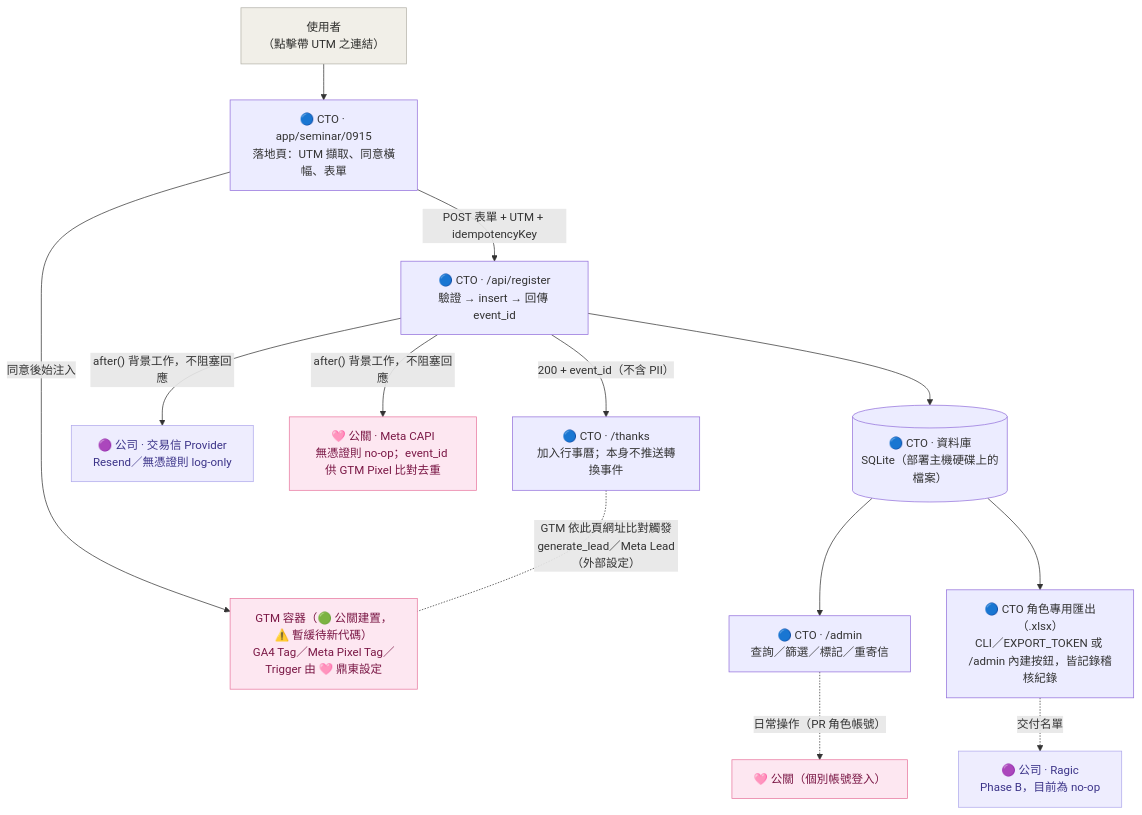
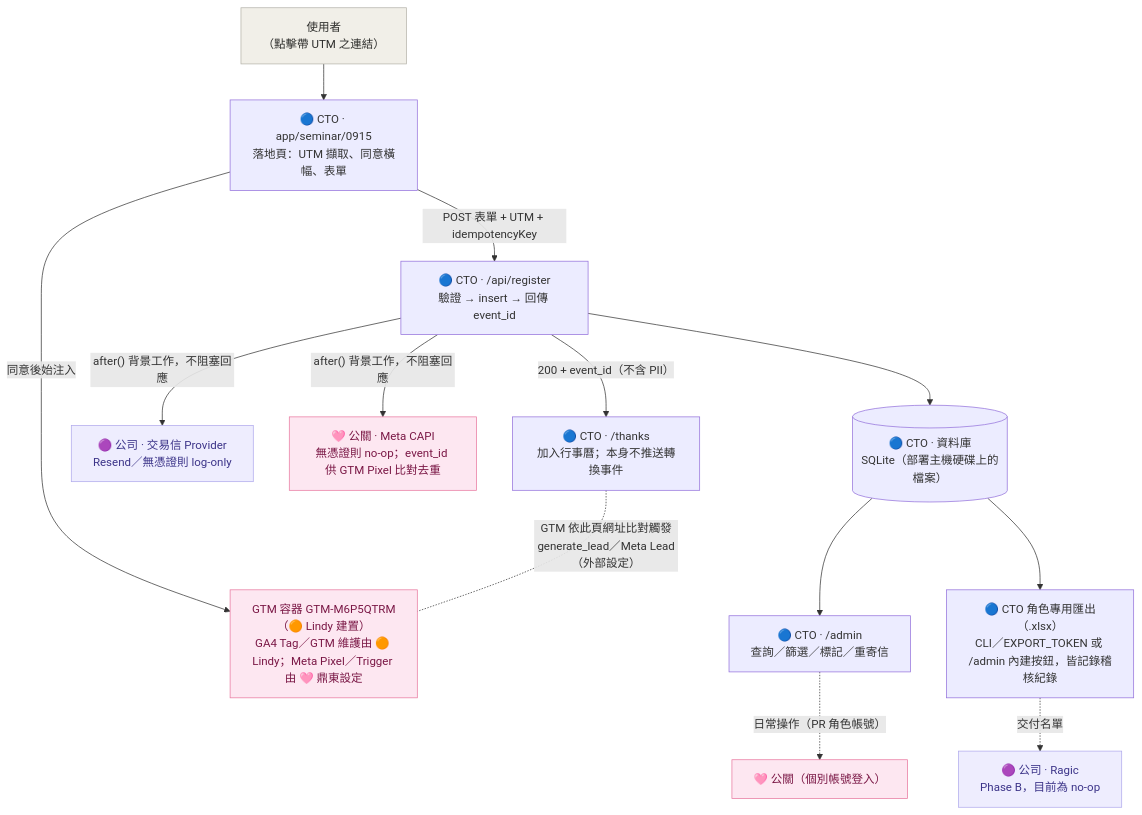
The diagram in README.md (cawu-ii/agatha-seminar-0915), drawn with Mermaid before and after one commit. The commit also changed other lines of this file and 3 other files, not shown here.

````diff
--- a/README.md
+++ b/README.md
@@ -105,20 +106,20 @@
 ```mermaid
 flowchart TD
   U["使用者<br/>（點擊帶 UTM 之連結）"]:::ext
   U --> LP["🔵 CTO · app/seminar/0915<br/>落地頁：UTM 擷取、同意橫幅、表單"]
-  LP -->|"同意後始注入"| GTM["GTM 容器（🟢 公關建置，⚠️ 暫緩待新代碼）<br/>GA4 Tag／Meta Pixel Tag／Trigger 由 🩷 鼎東設定"]:::pr
+  LP -->|"同意後始注入"| GTM["GTM 容器 GTM-M6P5QTRM（🟠 Lindy 建置）<br/>GA4 Tag／GTM 維護由 🟠 Lindy；Meta Pixel／Trigger 由 🩷 鼎東設定"]:::pr
   LP -->|"POST 表單 + UTM + idempotencyKey"| API["🔵 CTO · /api/register<br/>驗證 → insert → 回傳 event_id"]
   API --> DB[("🔵 CTO · 資料庫<br/>SQLite（部署主機硬碟上的檔案）")]
   API -->|"after() 背景工作，不阻塞回應"| MAIL["🟣 公司 · 交易信 Provider<br/>Resend／無憑證則 log-only"]:::company
   API -->|"after() 背景工作，不阻塞回應"| META["🩷 公關 · Meta CAPI<br/>無憑證則 no-op；event_id 供 GTM Pixel 比對去重"]:::pr
   API -->|"200 + event_id（不含 PII）"| THX["🔵 CTO · /thanks<br/>加入行事曆；本身不推送轉換事件"]
   THX -.-|"GTM 依此頁網址比對觸發<br/>generate_lead／Meta Lead（外部設定）"| GTM
   DB --> ADMIN["🔵 CTO · /admin<br/>查詢／篩選／標記／重寄信"]
   ADMIN -.日常操作（PR 角色帳號）.-> PRUSER["🩷 公關（個別帳號登入）"]:::pr
   DB --> EXPORT["🔵 CTO 角色專用匯出（.xlsx）<br/>CLI／EXPORT_TOKEN 或 /admin 內建按鈕，皆記錄稽核紀錄"]
   EXPORT -.交付名單.-> RAGIC["🟣 公司 · Ragic<br/>Phase B，目前為 no-op"]:::company
 
   classDef ext fill:#F1EFE8,stroke:#B4B2A9,color:#2C2C2A;
   classDef pr fill:#FDE7F1,stroke:#E8779E,color:#7A1745;
   classDef company fill:#EEEDFE,stroke:#AFA9EC,color:#3C3489;
 ```
````
